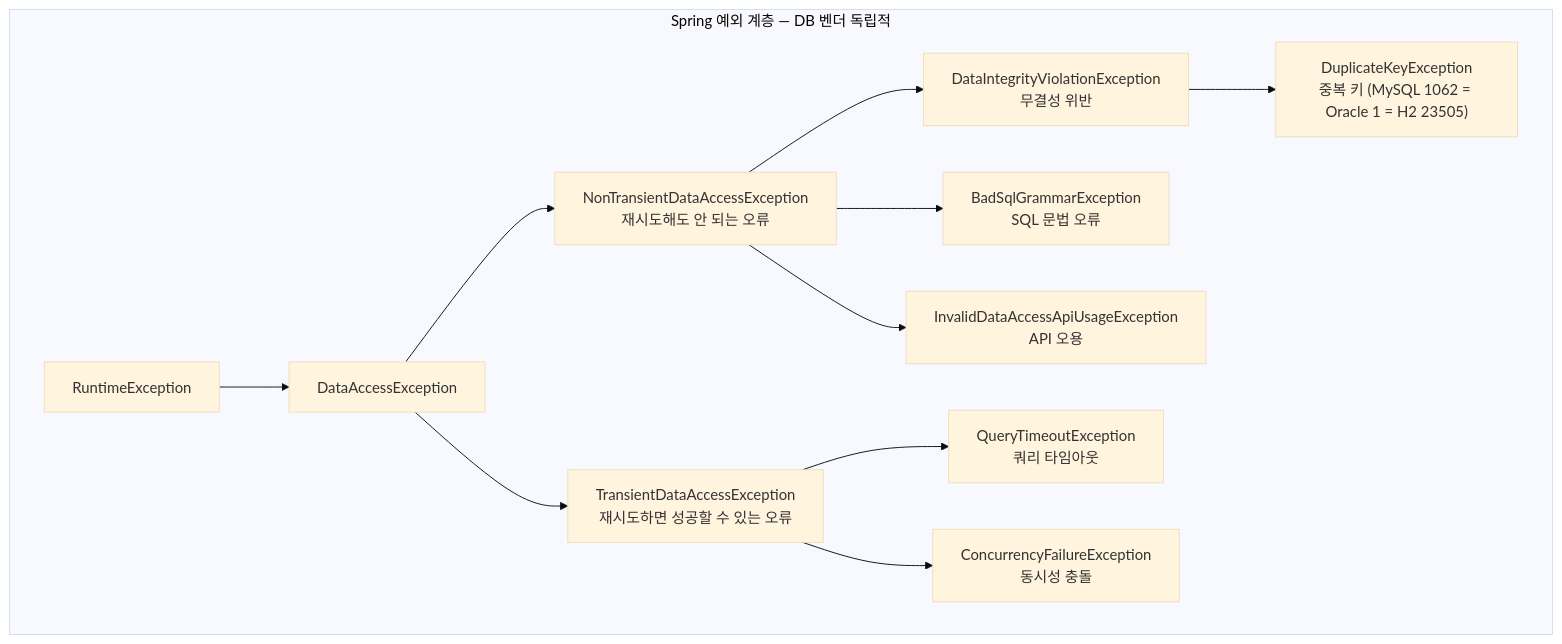
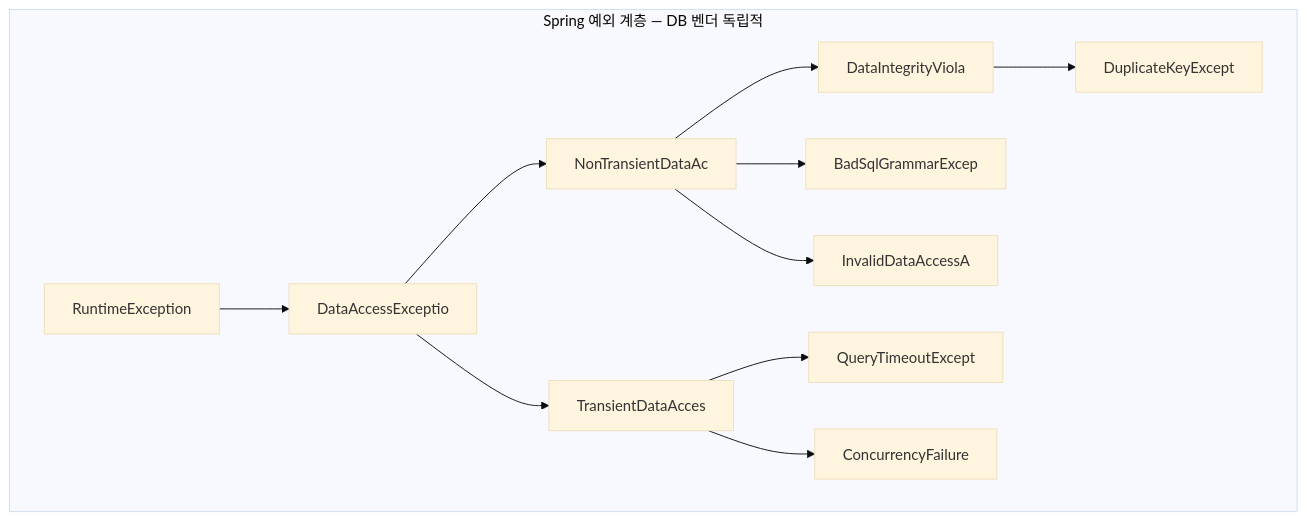
The ninth of 11 diagrams in _posts/spring/2026-05-02-spring-db-1.md (yjkim2015/yjkim2015.github.io), drawn with Mermaid (base theme) before and after one commit. The commit also changed other lines of this file and 271 other files, not shown here.

First line of the commit message:
Mermaid 라벨 축소: 긴 노드 텍스트 18자 이하로 트림 + \n 제거

````diff
--- a/_posts/spring/2026-05-02-spring-db-1.md
+++ b/_posts/spring/2026-05-02-spring-db-1.md
@@ -523,14 +523,14 @@
 ```mermaid
 graph TD
     subgraph "Spring 예외 계층 — DB 벤더 독립적"
-        A["RuntimeException"] --> B["DataAccessException"]
-        B --> C["NonTransientDataAccessException\n재시도해도 안 되는 오류"]
-        B --> D["TransientDataAccessException\n재시도하면 성공할 수 있는 오류"]
-        C --> E["DataIntegrityViolationException\n무결성 위반"]
-        C --> F["BadSqlGrammarException\nSQL 문법 오류"]
-        C --> G["InvalidDataAccessApiUsageException\nAPI 오용"]
-        D --> H["QueryTimeoutException\n쿼리 타임아웃"]
-        D --> I["ConcurrencyFailureException\n동시성 충돌"]
-        E --> J["DuplicateKeyException\n중복 키 (MySQL 1062 = Oracle 1 = H2 23505)"]
+        A["RuntimeException"] --> B["DataAccessExceptio"]
+        B --> C["NonTransientDataAc"]
+        B --> D["TransientDataAcces"]
+        C --> E["DataIntegrityViola"]
+        C --> F["BadSqlGrammarExcep"]
+        C --> G["InvalidDataAccessA"]
+        D --> H["QueryTimeoutExcept"]
+        D --> I["ConcurrencyFailure"]
+        E --> J["DuplicateKeyExcept"]
     end
 ```
````
